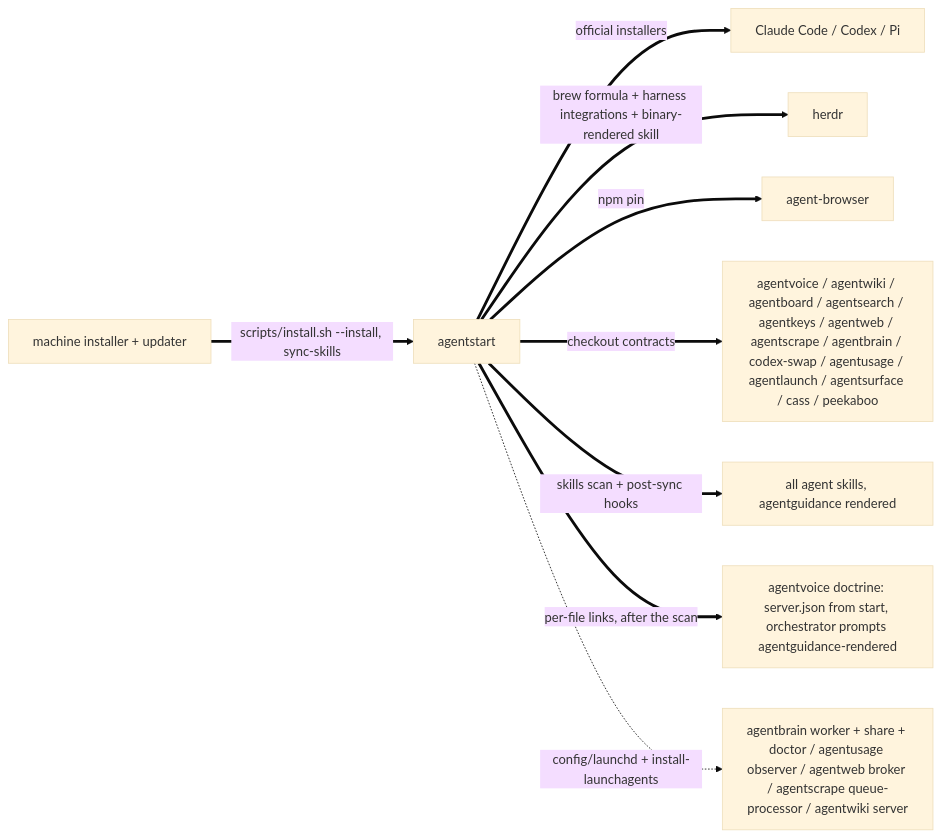
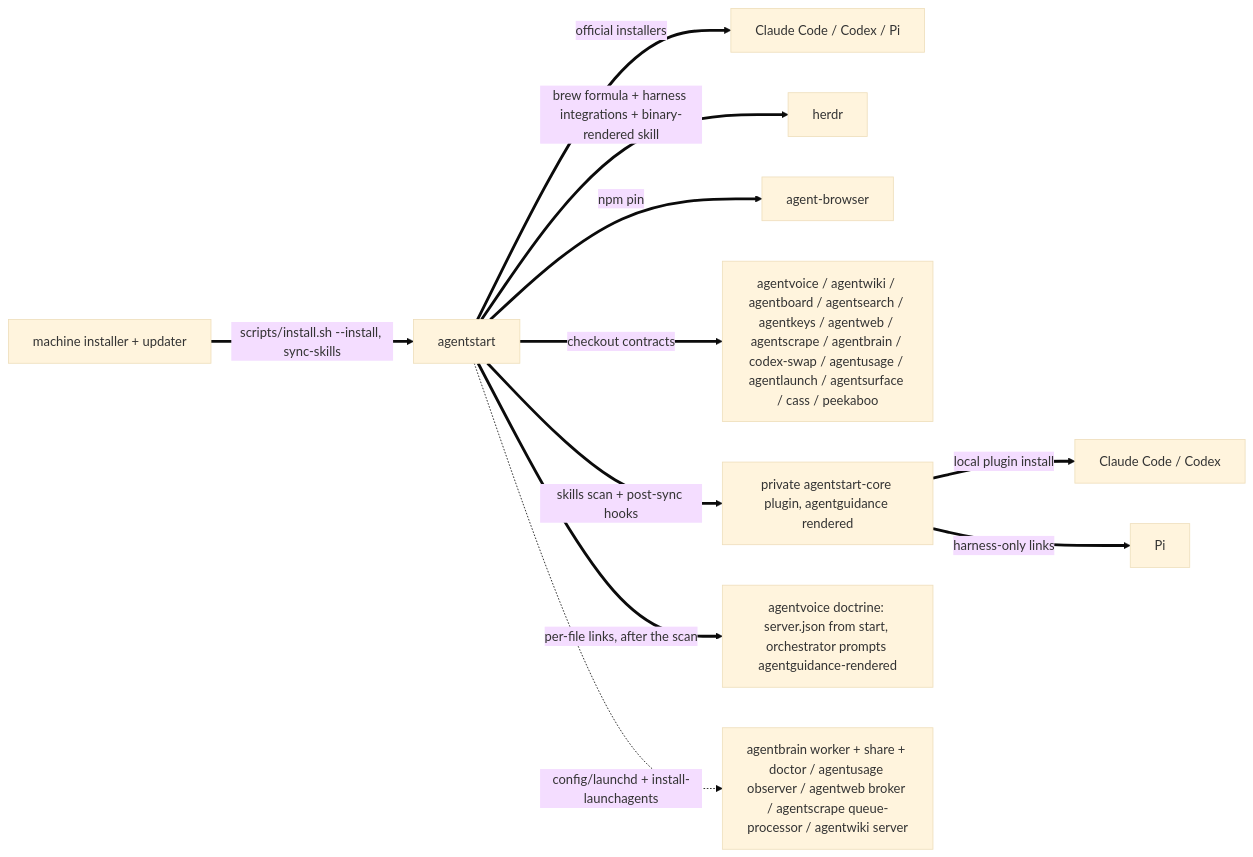
The second of 3 diagrams in skills/fleet/MAP.md (possibilities/agentdots), drawn with Mermaid (base theme) before and after one commit. The commit also changed other lines of this file and 13 other files, not shown here.

Commit message:
Isolate core skills from Fx compatibility roots

````diff
--- a/skills/fleet/MAP.md
+++ b/skills/fleet/MAP.md
@@ -80,14 +80,16 @@
 ```mermaid
 flowchart LR
     machine[machine installer + updater]
     start[agentstart]
 
     machine ==>|scripts/install.sh --install, sync-skills| start
     start ==>|official installers| harnesses[Claude Code / Codex / Pi]
     start ==>|brew formula + harness integrations + binary-rendered skill| herdrInstall[herdr]
     start ==>|npm pin| browser[agent-browser]
     start ==>|checkout contracts| fleet[agentvoice / agentwiki / agentboard / agentsearch / agentkeys / agentweb / agentscrape / agentbrain / codex-swap / agentusage / agentlaunch / agentsurface / cass / peekaboo]
-    start ==>|skills scan + post-sync hooks| skills[all agent skills, agentguidance rendered]
+    start ==>|skills scan + post-sync hooks| skills[private agentstart-core plugin, agentguidance rendered]
+    skills ==>|local plugin install| coreHarnesses[Claude Code / Codex]
+    skills ==>|harness-only links| piSkills[Pi]
     start ==>|per-file links, after the scan| voiceDoctrine[agentvoice doctrine: server.json from start, orchestrator prompts agentguidance-rendered]
     start -.->|config/launchd + install-launchagents| services[agentbrain worker + share + doctor / agentusage observer / agentweb broker / agentscrape queue-processor / agentwiki server]
 ```
````
